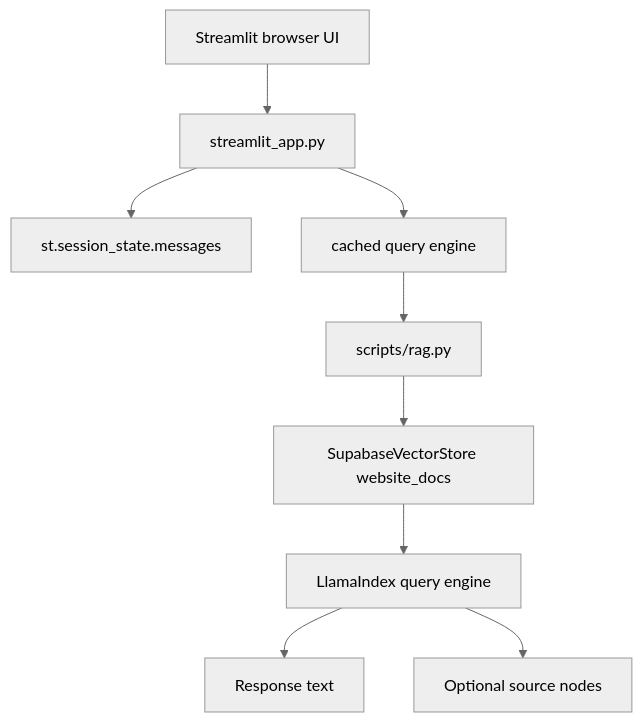
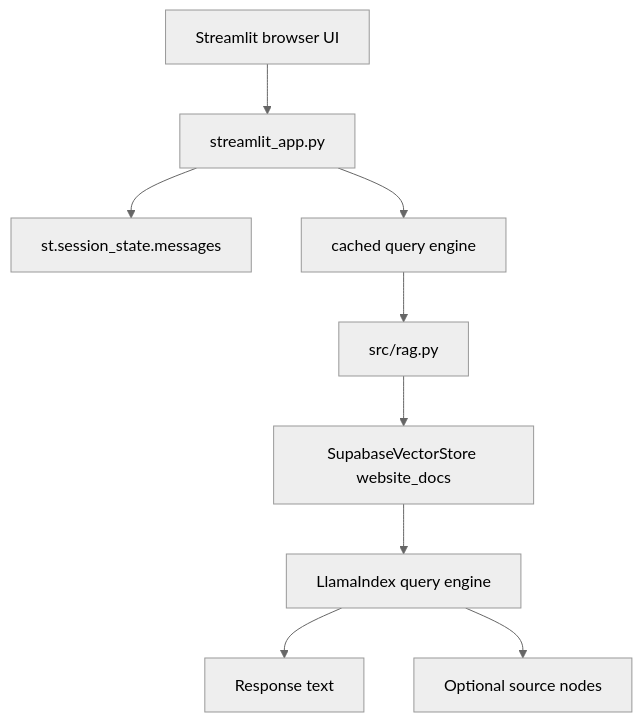
Before and after one commit to chicagopeabodydev-sudo/library_bot_poc: the diagram in .cursor/plans/streamlit_ui_plan_67473a5a.plan.md, drawn with Mermaid (neutral theme). The commit also changed other lines of this file and 23 other files, not shown here.

Commit message:
event model added and scripts folder renamed to src

````diff
--- a/.cursor/plans/streamlit_ui_plan_67473a5a.plan.md
+++ b/.cursor/plans/streamlit_ui_plan_67473a5a.plan.md
@@ -44,11 +44,11 @@
 ```mermaid
 flowchart TD
     browser["Streamlit browser UI"] --> app["streamlit_app.py"]
     app --> sessionState["st.session_state.messages"]
     app --> cachedBackend["cached query engine"]
-    cachedBackend --> ragHelpers["scripts/rag.py"]
+    cachedBackend --> ragHelpers["src/rag.py"]
     ragHelpers --> vectorStore["SupabaseVectorStore website_docs"]
     vectorStore --> queryEngine["LlamaIndex query engine"]
     queryEngine --> answer["Response text"]
     queryEngine --> sources["Optional source nodes"]
 ```
````
